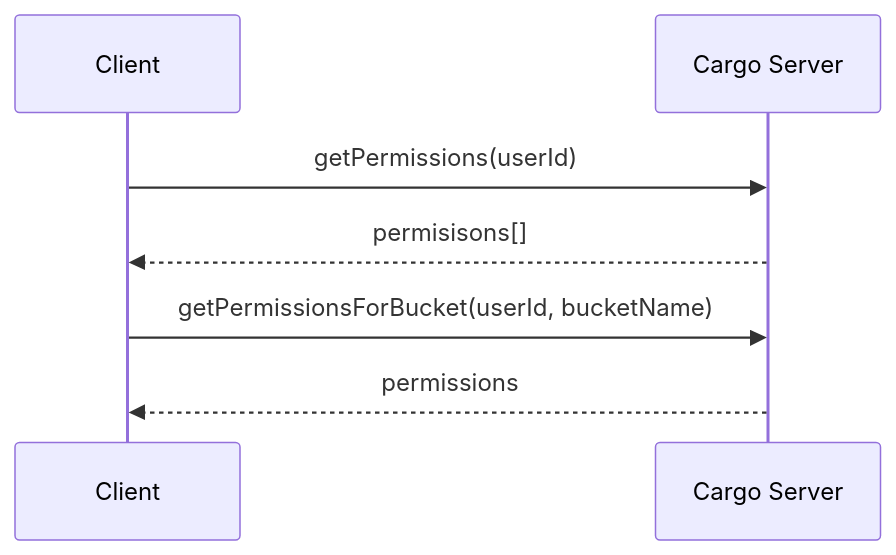
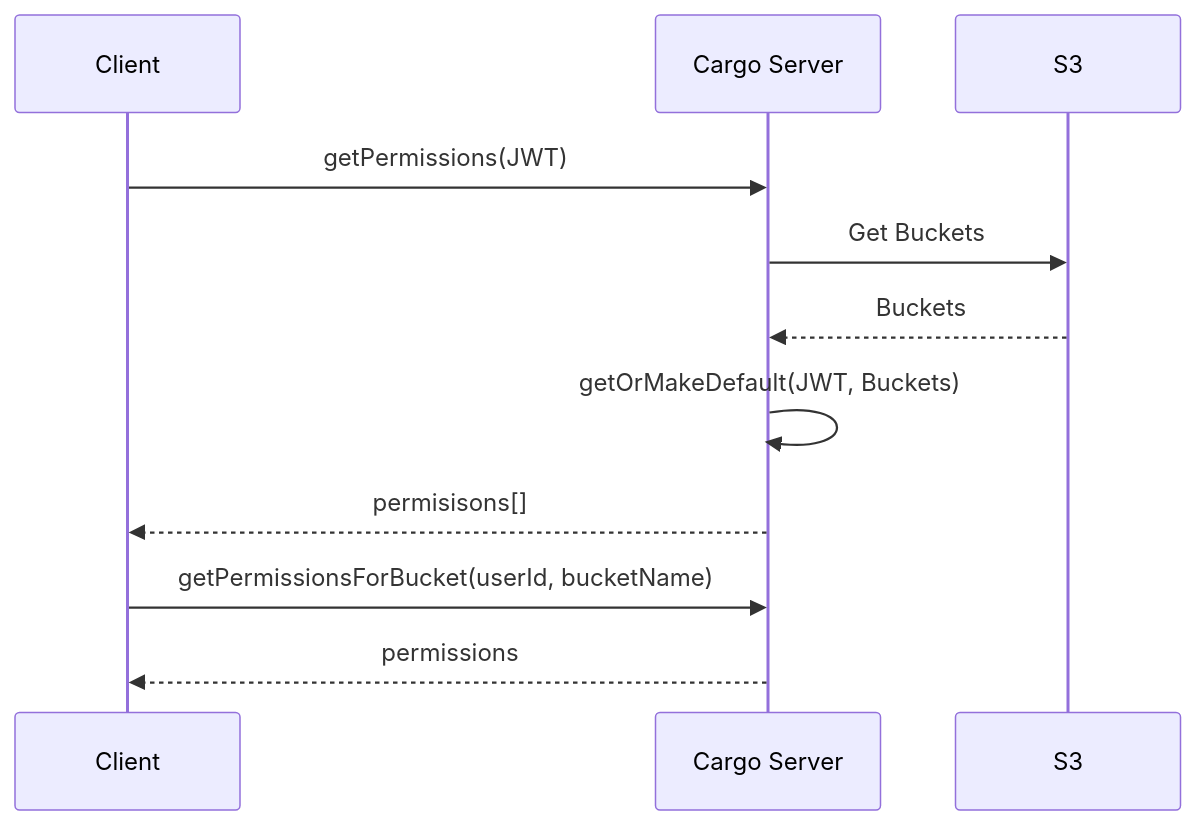
The third of 4 diagrams in packages/server/README.md (hicsail/object-storage-service), drawn with Mermaid before and after one commit. The commit also changed other lines of this file, not shown here.

Commit message:
Update server README

````diff
--- a/packages/server/README.md
+++ b/packages/server/README.md
@@ -54,7 +54,10 @@
 ```mermaid
 sequenceDiagram
-Client ->> Cargo Server: getPermissions(userId)
+Client ->> Cargo Server: getPermissions(JWT)
+Cargo Server ->> S3: Get Buckets
+S3 -->> Cargo Server: Buckets
+Cargo Server ->> Cargo Server: getOrMakeDefault(JWT, Buckets)
 Cargo Server -->> Client: permisisons[]
 Client ->> Cargo Server: getPermissionsForBucket(userId, bucketName)
 Cargo Server -->> Client: permissions
 ```
````
